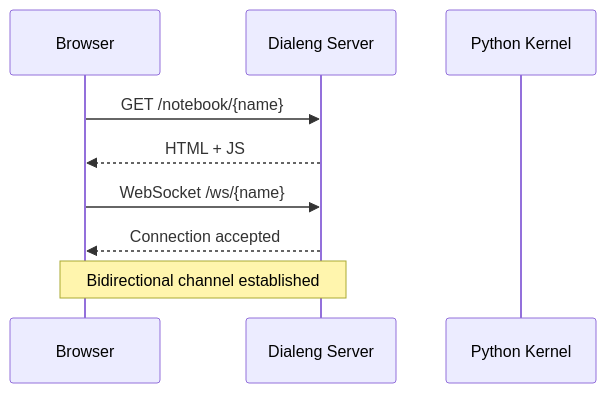
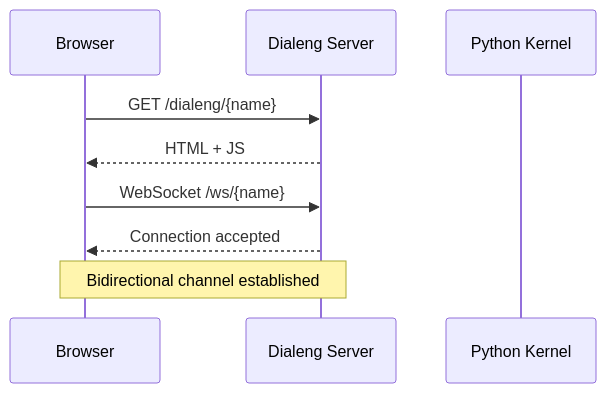
The fifth of 9 diagrams in docs/how_it_works/05_dialoghelper_integration.md (sgaseretto/solveish), drawn with Mermaid before and after one commit. The commit also changed 24 other files, not shown here.

````diff
--- a/docs/how_it_works/05_dialoghelper_integration.md
+++ b/docs/how_it_works/05_dialoghelper_integration.md
@@ -702,12 +702,12 @@
 ```mermaid
 sequenceDiagram
     participant Browser
     participant Server as Dialeng Server
     participant Kernel as Python Kernel
 
-    Browser->>Server: GET /notebook/{name}
+    Browser->>Server: GET /dialeng/{name}
     Server-->>Browser: HTML + JS
     Browser->>Server: WebSocket /ws/{name}
     Server-->>Browser: Connection accepted
     Note over Browser,Server: Bidirectional channel established
 ```
````
